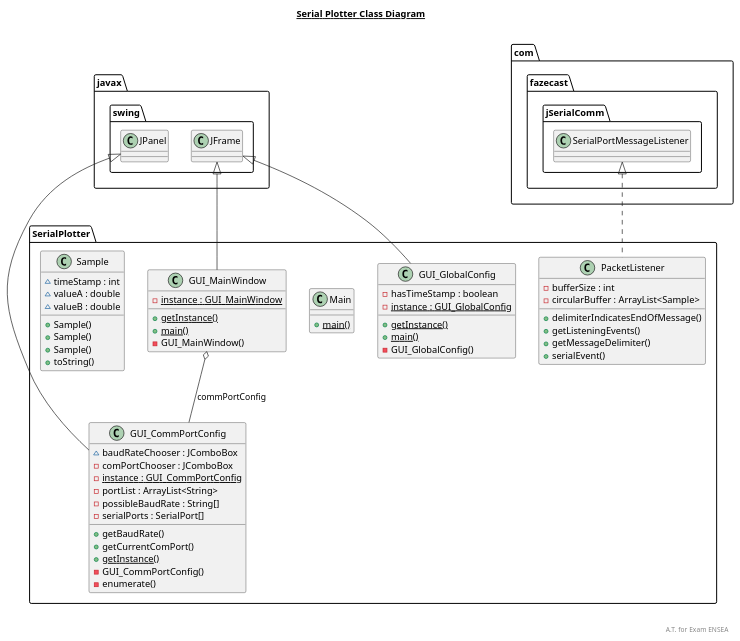
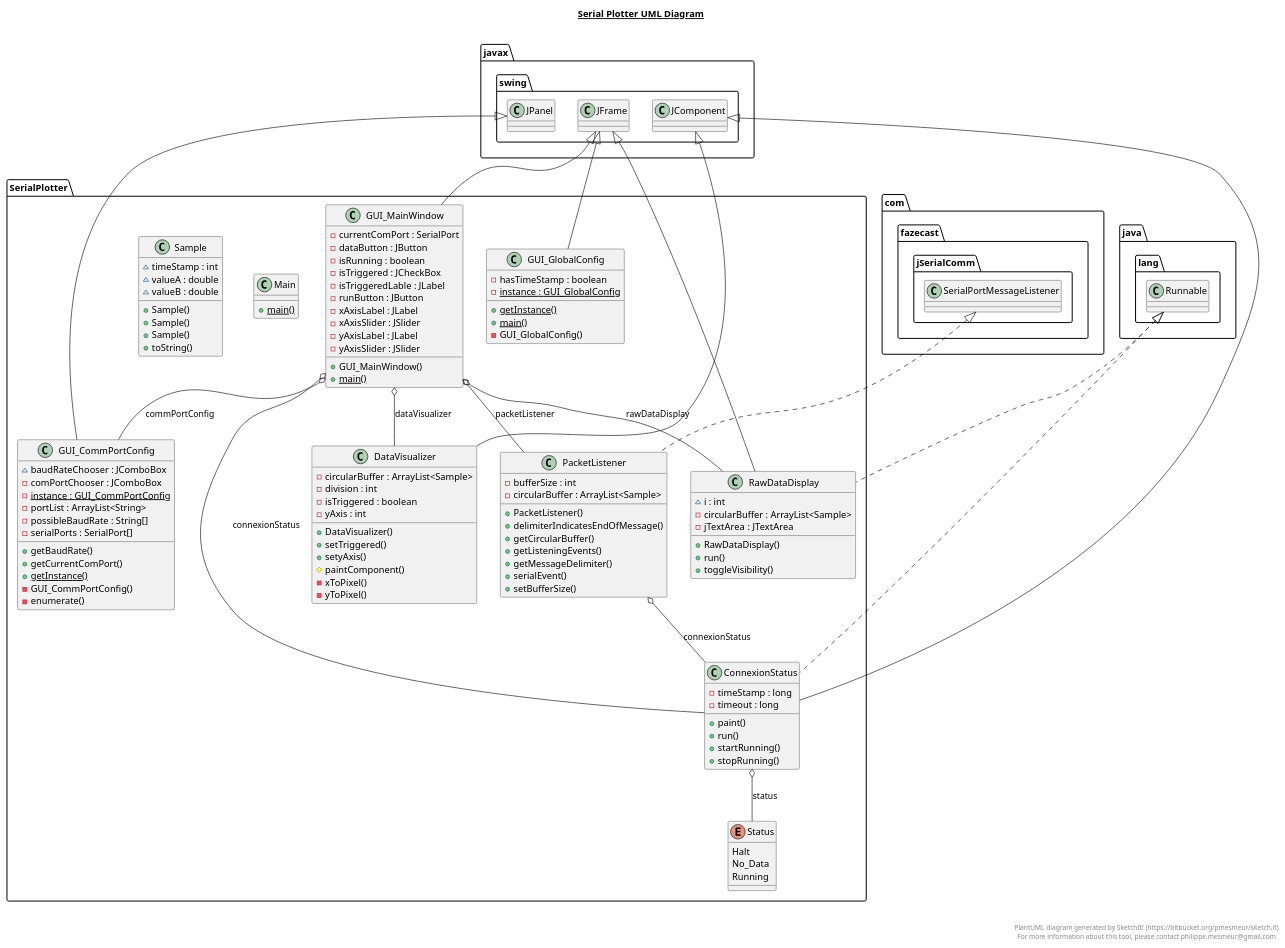
Before and after one commit to antoineTauvelENSEA/serialPlotter: the diagram in src/src.plantuml, drawn with PlantUML. The commit also changed 2 other files, not shown here.

Commit message:
Adding UML diagram

```diff
--- a/src/src.plantuml
+++ b/src/src.plantuml
@@ -1,91 +1,160 @@
 @startuml
 
-title __Serial Plotter Class Diagram__\n
+title __Serial Plotter UML Diagram__\n
 
+  namespace SerialPlotter {
+    class ConnexionStatus {
+        - timeStamp : long
+        - timeout : long
+        + paint()
+        + run()
+        + startRunning()
+        + stopRunning()
+    }
+  }
+  
 
+  namespace SerialPlotter {
+    class DataVisualizer {
+        - circularBuffer : ArrayList<Sample>
+        - division : int
+        - isTriggered : boolean
+        - yAxis : int
+        + DataVisualizer()
+        + setTriggered()
+        + setyAxis()
+        # paintComponent()
+        - xToPixel()
+        - yToPixel()
+    }
+  }
   
 
   namespace SerialPlotter {
     class GUI_CommPortConfig {
         ~ baudRateChooser : JComboBox
         - comPortChooser : JComboBox
         {static} - instance : GUI_CommPortConfig
         - portList : ArrayList<String>
         - possibleBaudRate : String[]
         - serialPorts : SerialPort[]
         + getBaudRate()
         + getCurrentComPort()
         {static} + getInstance()
         - GUI_CommPortConfig()
         - enumerate()
     }
   }
   
 
   namespace SerialPlotter {
     class GUI_GlobalConfig {
         - hasTimeStamp : boolean
         {static} - instance : GUI_GlobalConfig
         {static} + getInstance()
         {static} + main()
         - GUI_GlobalConfig()
     }
   }
   
 
-  namespace SerialPlotter  {
+  namespace SerialPlotter {
     class GUI_MainWindow {
-        {static} - instance : GUI_MainWindow
-        {static} + getInstance()
+        - currentComPort : SerialPort
+        - dataButton : JButton
+        - isRunning : boolean
+        - isTriggered : JCheckBox
+        - isTriggeredLable : JLabel
+        - runButton : JButton
+        - xAxisLabel : JLabel
+        - xAxisSlider : JSlider
+        - yAxisLabel : JLabel
+        - yAxisSlider : JSlider
+        + GUI_MainWindow()
         {static} + main()
-        - GUI_MainWindow()
     }
   }
   
 
   namespace SerialPlotter {
     class Main {
         {static} + main()
     }
   }
   
 
-  namespace SerialPlotter  {
+  namespace SerialPlotter {
     class PacketListener {
         - bufferSize : int
         - circularBuffer : ArrayList<Sample>
+        + PacketListener()
         + delimiterIndicatesEndOfMessage()
+        + getCircularBuffer()
         + getListeningEvents()
         + getMessageDelimiter()
         + serialEvent()
+        + setBufferSize()
+    }
+  }
+  
+
+  namespace SerialPlotter {
+    class RawDataDisplay {
+        ~ i : int
+        - circularBuffer : ArrayList<Sample>
+        - jTextArea : JTextArea
+        + RawDataDisplay()
+        + run()
+        + toggleVisibility()
     }
   }
   
 
   namespace SerialPlotter {
     class Sample {
         ~ timeStamp : int
         ~ valueA : double
         ~ valueB : double
         + Sample()
         + Sample()
         + Sample()
         + toString()
     }
   }
   
 
+  namespace SerialPlotter {
+    enum Status {
+      Halt
+      No_Data
+      Running
+    }
+  }
+  
+
+  SerialPlotter.ConnexionStatus .up.|> java.lang.Runnable
+  SerialPlotter.ConnexionStatus -up-|> javax.swing.JComponent
+  SerialPlotter.ConnexionStatus o-- SerialPlotter.Status : status
+  SerialPlotter.DataVisualizer -up-|> javax.swing.JComponent
   SerialPlotter.GUI_CommPortConfig -up-|> javax.swing.JPanel
   SerialPlotter.GUI_GlobalConfig -up-|> javax.swing.JFrame
   SerialPlotter.GUI_MainWindow -up-|> javax.swing.JFrame
   SerialPlotter.GUI_MainWindow o-- SerialPlotter.GUI_CommPortConfig : commPortConfig
+  SerialPlotter.GUI_MainWindow o-- SerialPlotter.ConnexionStatus : connexionStatus
+  SerialPlotter.GUI_MainWindow o-- SerialPlotter.DataVisualizer : dataVisualizer
+  SerialPlotter.GUI_MainWindow o-- SerialPlotter.PacketListener : packetListener
+  SerialPlotter.GUI_MainWindow o-- SerialPlotter.RawDataDisplay : rawDataDisplay
   SerialPlotter.PacketListener .up.|> com.fazecast.jSerialComm.SerialPortMessageListener
+  SerialPlotter.PacketListener o-- SerialPlotter.ConnexionStatus : connexionStatus
+  SerialPlotter.RawDataDisplay .up.|> java.lang.Runnable
+  SerialPlotter.RawDataDisplay -up-|> javax.swing.JFrame
 
 
 right footer
 
 
-A.T. for Exam ENSEA
+PlantUML diagram generated by SketchIt! (https://bitbucket.org/pmesmeur/sketch.it)
+For more information about this tool, please contact philippe.mesmeur@gmail.com
 endfooter
 
 @enduml
```
